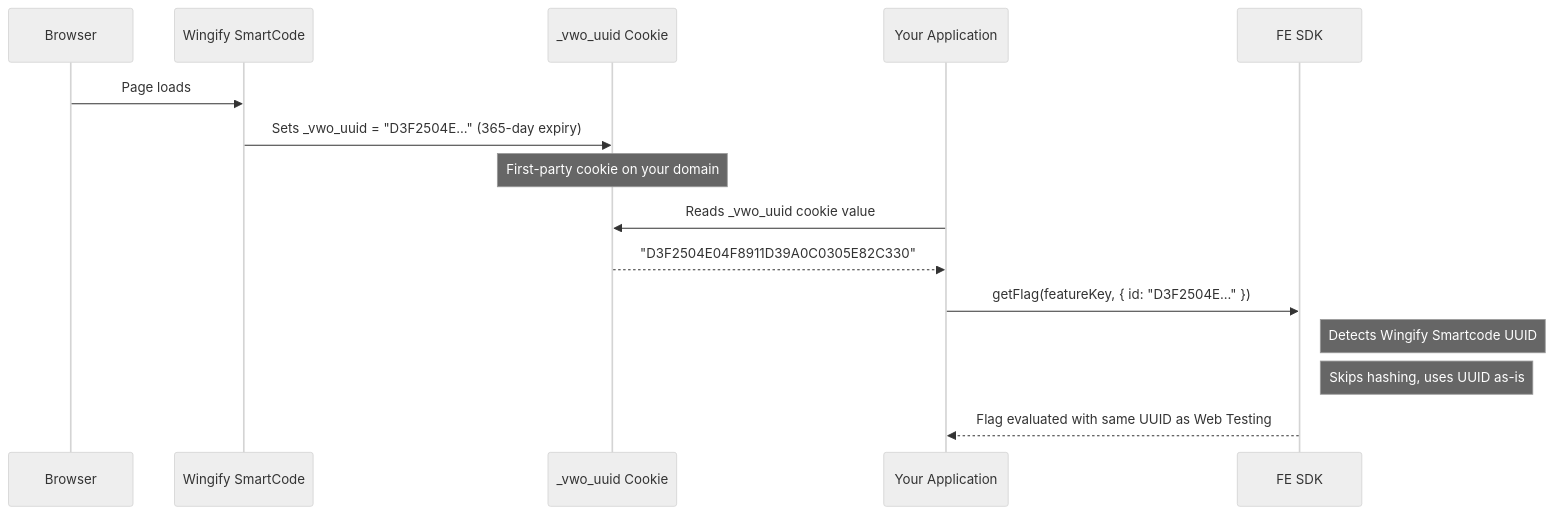
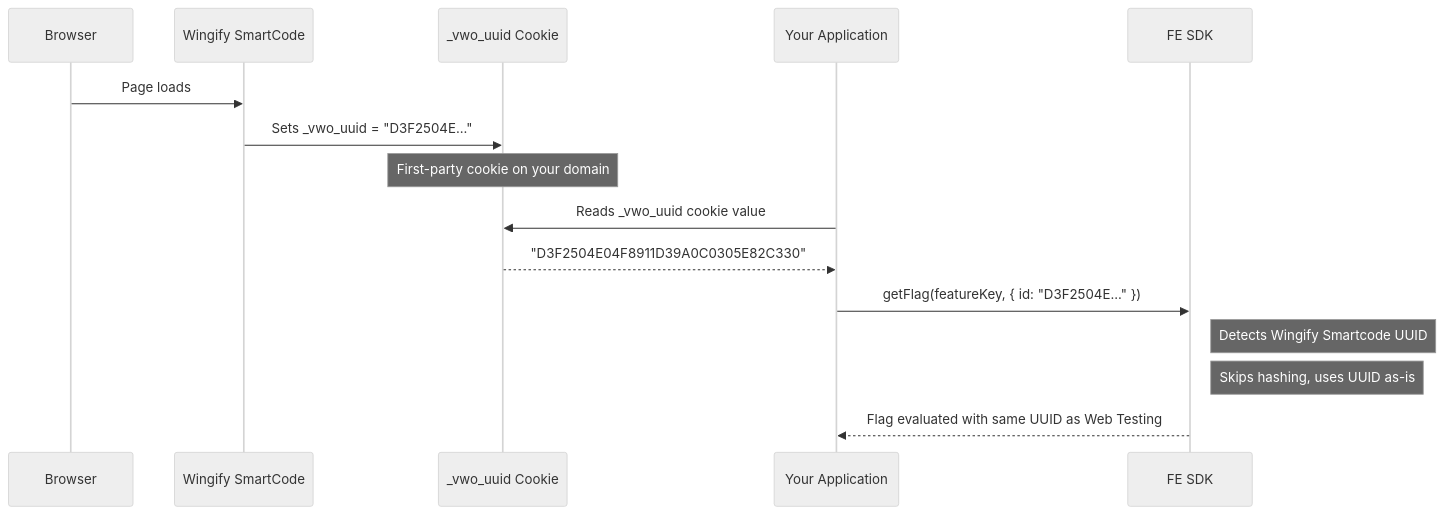
The diagram in docs/Concepts/fme-using-web-testing-visitor-uuid-as-userid.md (wingify/readme-central), drawn with Mermaid (neutral theme) before and after one commit.

Commit message:
Update doc `fme-using-web-testing-visitor-uuid-as-userid`

````diff
--- a/docs/Concepts/fme-using-web-testing-visitor-uuid-as-userid.md
+++ b/docs/Concepts/fme-using-web-testing-visitor-uuid-as-userid.md
@@ -141,18 +141,18 @@
 ```mermaid
 sequenceDiagram
   participant Browser
   participant SmartCode as Wingify SmartCode
   participant Cookie as _vwo_uuid Cookie
   participant Application as Your Application
   participant FESDK as FE SDK
 
   Browser->>SmartCode: Page loads
-  SmartCode->>Cookie: Sets _vwo_uuid = "D3F2504E..." (365-day expiry)
+  SmartCode->>Cookie: Sets _vwo_uuid = "D3F2504E..."
   Note over Cookie: First-party cookie on your domain
   Application->>Cookie: Reads _vwo_uuid cookie value
   Cookie-->>Application: "D3F2504E04F8911D39A0C0305E82C330"
   Application->>FESDK: getFlag(featureKey, { id: "D3F2504E..." })
   Note right of FESDK: Detects Wingify Smartcode UUID
   Note right of FESDK: Skips hashing, uses UUID as-is
   FESDK-->>Application: Flag evaluated with same UUID as Web Testing
 ```
````
